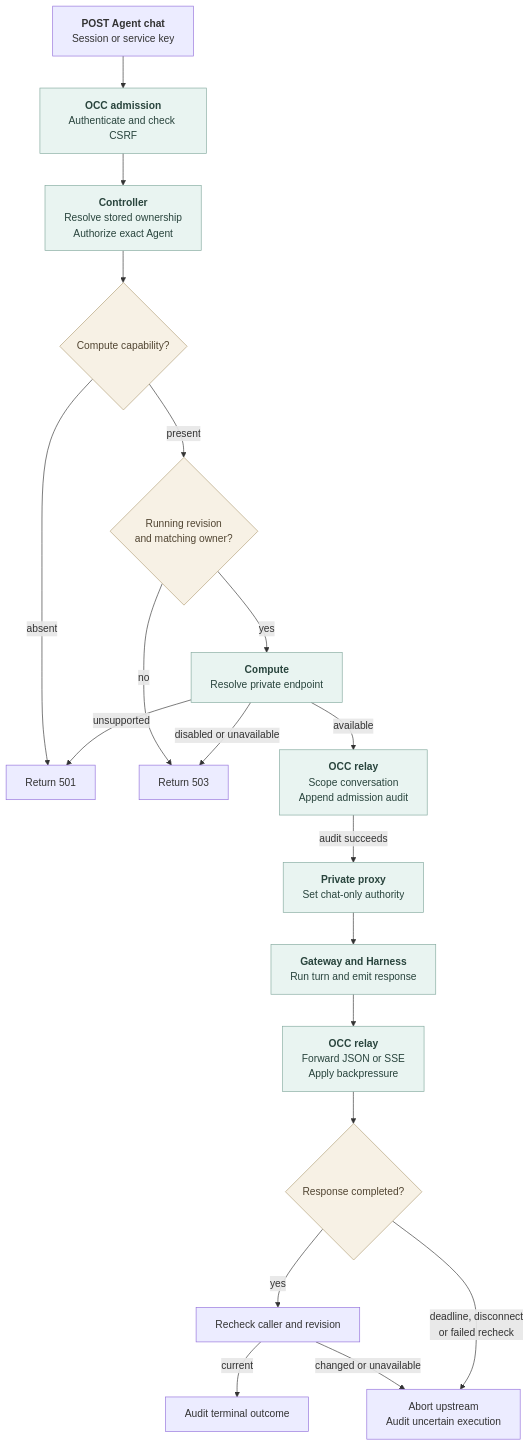
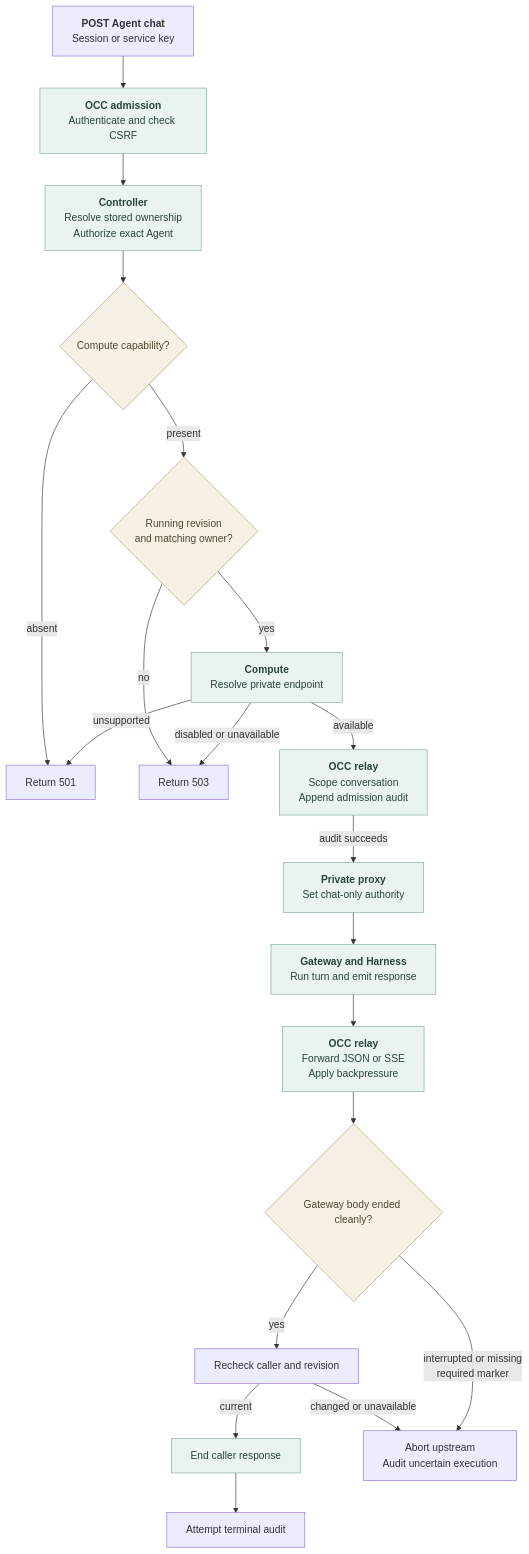
One commit to openclaw/openclaw-enterprise changed the diagram in docs/flows/agent-http-chat.md. Above: the diagram before and after it, drawn with Mermaid. The commit also changed other lines of this file and 1 other file, not shown here.

````diff
--- a/docs/flows/agent-http-chat.md
+++ b/docs/flows/agent-http-chat.md
@@ -29,25 +29,26 @@
 ```mermaid
 graph TD
   A["<b>POST Agent chat</b><br/>Session or service key"] --> B["<b>OCC admission</b><br/>Authenticate and check CSRF"]
   B --> C["<b>Controller</b><br/>Resolve stored ownership<br/>Authorize exact Agent"]
   C --> D{"Compute capability?"}
   D -->|absent| U["Return 501"]
   D -->|present| E{"Running revision<br/>and matching owner?"}
   E -->|no| V["Return 503"]
   E -->|yes| F["<b>Compute</b><br/>Resolve private endpoint"]
   F -->|unsupported| U
   F -->|disabled or unavailable| V
   F -->|available| G["<b>OCC relay</b><br/>Scope conversation<br/>Append admission audit"]
   G -->|audit succeeds| H["<b>Private proxy</b><br/>Set chat-only authority"]
   H --> I["<b>Gateway and Harness</b><br/>Run turn and emit response"]
   I --> J["<b>OCC relay</b><br/>Forward JSON or SSE<br/>Apply backpressure"]
-  J --> K{"Response completed?"}
+  J --> K{"Gateway body ended cleanly?"}
   K -->|yes| N["Recheck caller and revision"]
-  N -->|current| L["Audit terminal outcome"]
+  N -->|current| O["End caller response"]
+  O --> L["Attempt terminal audit"]
   N -->|changed or unavailable| M
-  K -->|deadline, disconnect<br/>or failed recheck| M["Abort upstream<br/>Audit uncertain execution"]
+  K -->|interrupted or missing<br/>required marker| M["Abort upstream<br/>Audit uncertain execution"]
   classDef gate fill:#F7F1E5,stroke:#B3A078,color:#514532,stroke-width:1px
   classDef process fill:#E9F4F1,stroke:#83A99E,color:#29443D,stroke-width:1px
   class D,E,K gate
-  class B,C,F,G,H,I,J process
+  class B,C,F,G,H,I,J,O process
 ```
````
